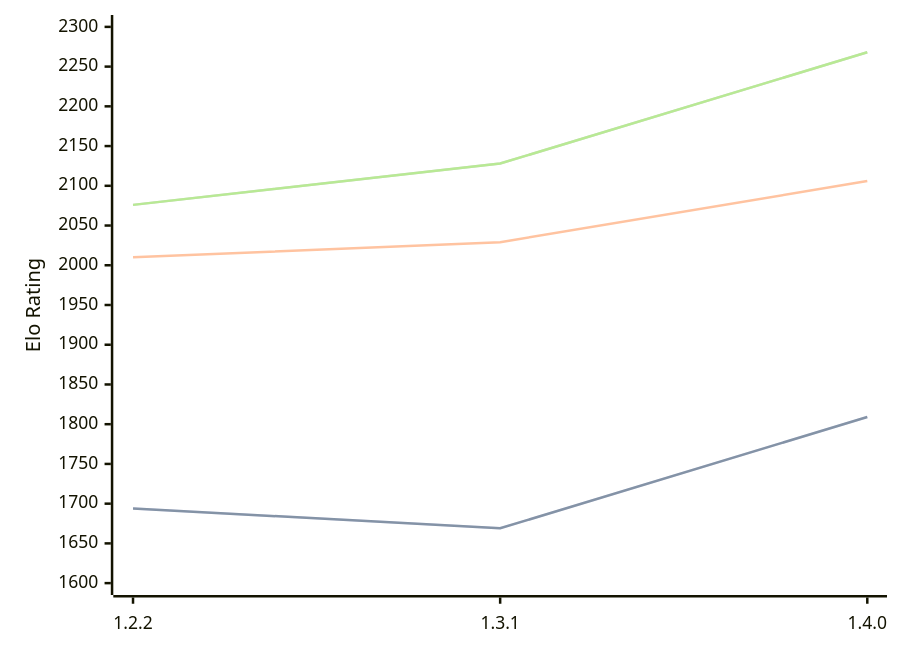
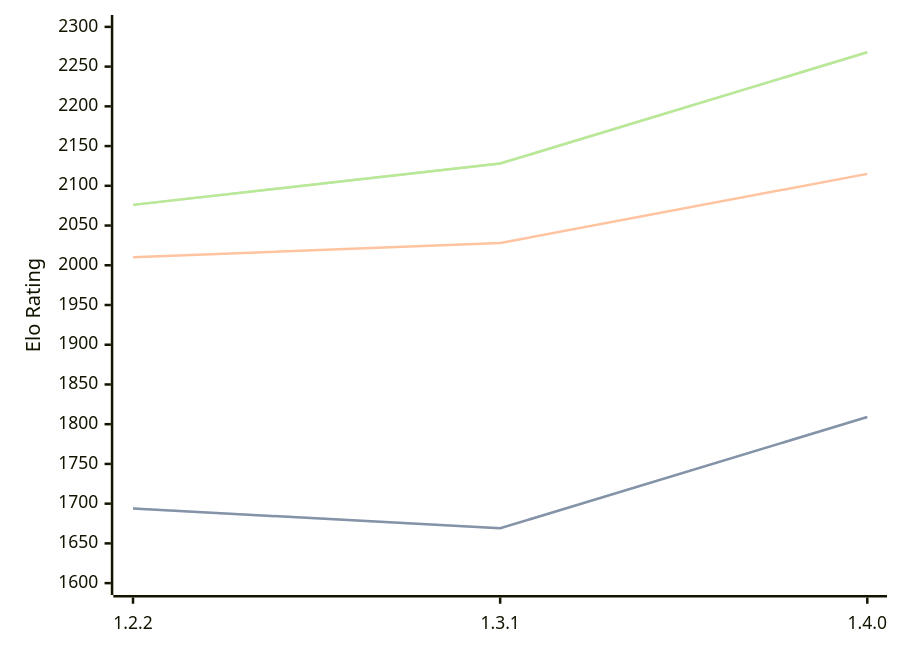
One commit to computer-chess-index/cci changed the diagram in engines/SoloEngine.md. Above: the diagram before and after it, drawn with Mermaid. The commit also changed other lines of this file, not shown here.

````diff
--- a/engines/SoloEngine.md
+++ b/engines/SoloEngine.md
@@ -31,11 +31,11 @@
 ```mermaid
 %%{init: {"theme":"base","themeVariables":{"seriesColors:['#a3a3a3','#222221','#faa371']}}}%%
 xychart-beta
   x-axis ["1.2.2", "1.3.1", "1.4.0"]
   y-axis "Elo Rating" 1600 --> 2300
   line "STC (8.0+0.08s)" [1694, 1669, 1809]
   line "STC (8.0+0.08s)" [1694, 1669, 1809]
-  line "LTC (60.0+0.60s)" [2010, 2029, 2106]
+  line "LTC (60.0+0.60s)" [2010, 2028, 2115]
   line "VLTC (2m24s+1.12s)" [2076, 2128, 2268]
   line "VLTC (2m24s+1.12s)" [2076, 2128, 2268]
 ```
````
